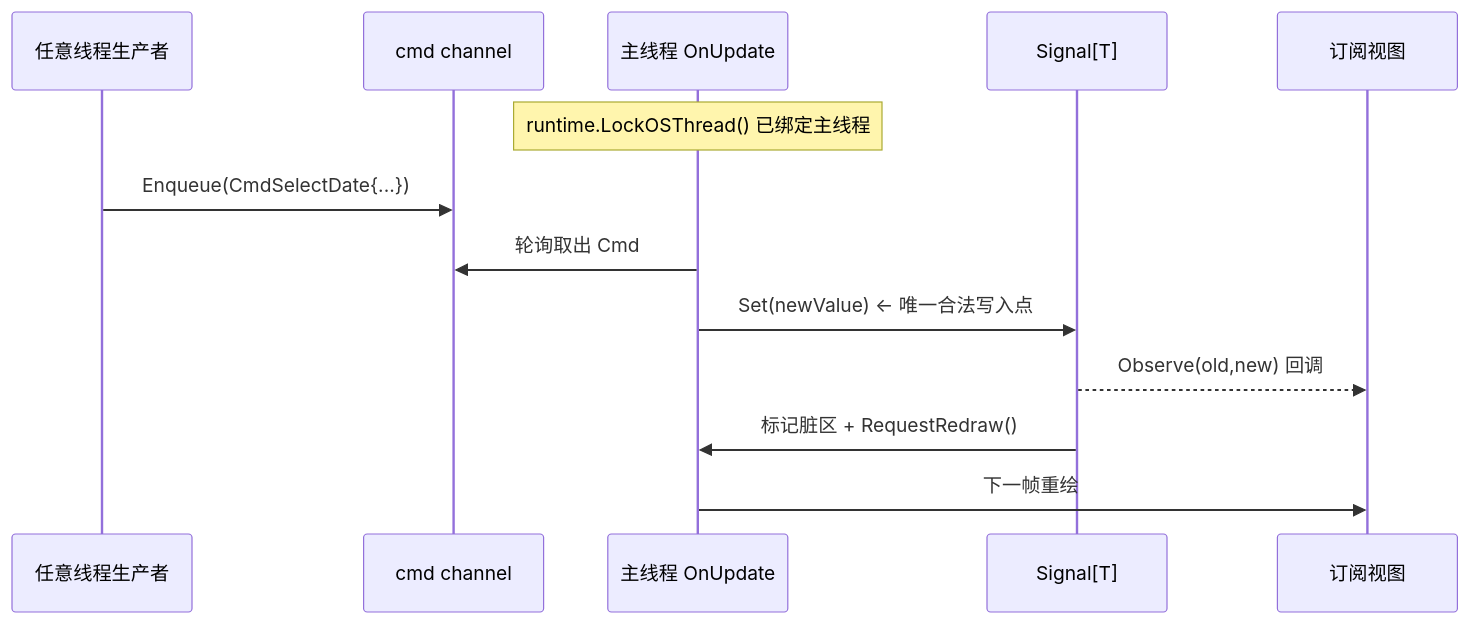
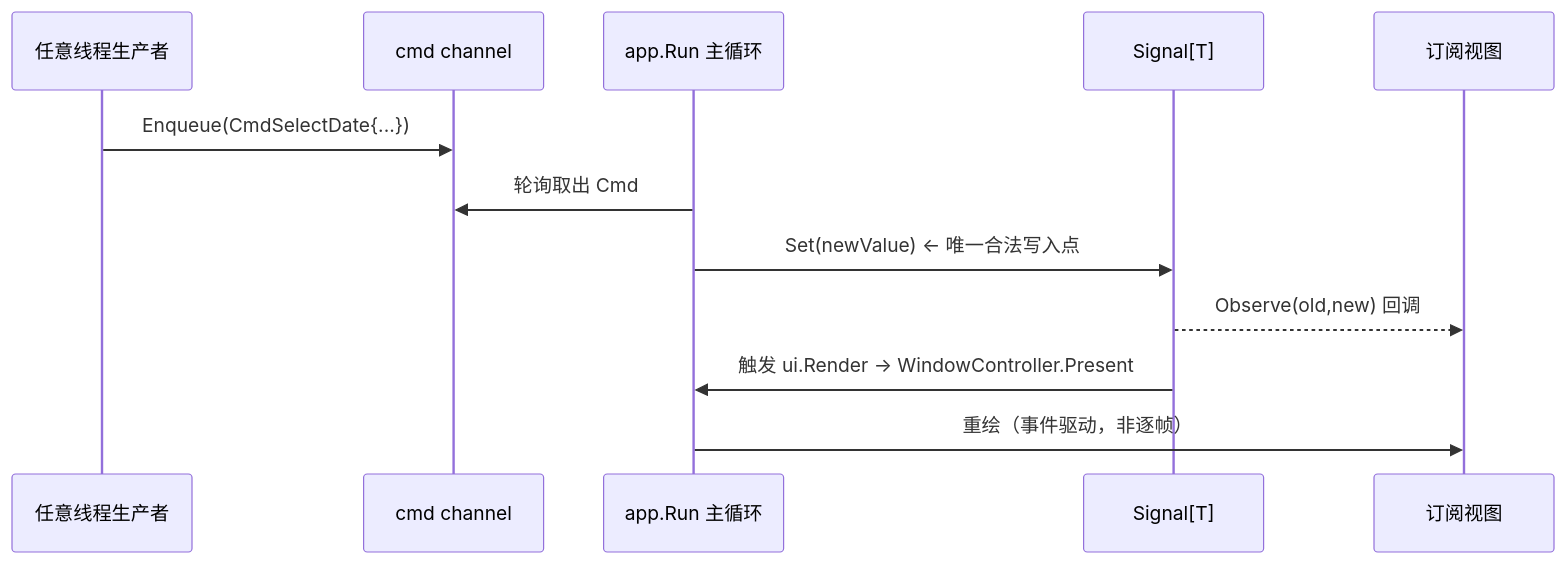
Before and after one commit to shaolei/DeskCalendar: the third of 4 diagrams in docs/30-State/Signal.md, drawn with Mermaid. The commit also changed other lines of this file and 25 other files, not shown here.

````diff
--- a/docs/30-State/Signal.md
+++ b/docs/30-State/Signal.md
@@ -102,16 +101,15 @@
 ```mermaid
 sequenceDiagram
     participant Prod as 任意线程生产者
     participant Ch as cmd channel
-    participant Main as 主线程 OnUpdate
+    participant Main as app.Run 主循环
     participant Sig as Signal[T]
     participant View as 订阅视图
 
-    Note over Main: runtime.LockOSThread() 已绑定主线程
     Prod->>Ch: Enqueue(CmdSelectDate{...})
     Main->>Ch: 轮询取出 Cmd
     Main->>Sig: Set(newValue)  ← 唯一合法写入点
     Sig-->>View: Observe(old,new) 回调
-    Sig->>Main: 标记脏区 + RequestRedraw()
-    Main->>View: 下一帧重绘
+    Sig->>Main: 触发 ui.Render → WindowController.Present
+    Main->>View: 重绘（事件驱动，非逐帧）
 ```
````
